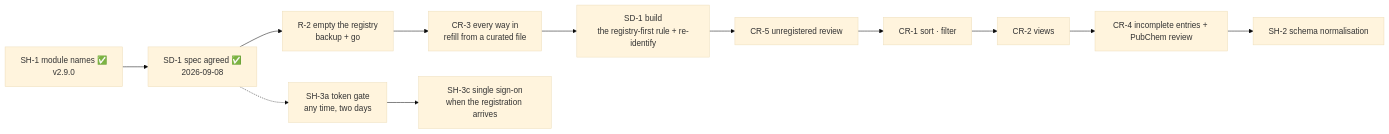
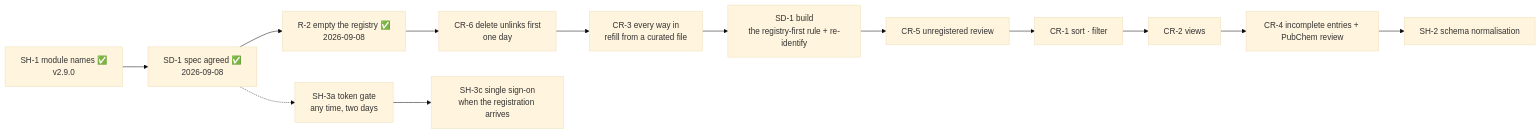
The diagram in docs/05-roadmap.md (akannan2987/nr-nips-crucible), drawn with Mermaid (base theme) before and after one commit. The commit also changed other lines of this file and 5 other files, not shown here.

````diff
--- a/docs/05-roadmap.md
+++ b/docs/05-roadmap.md
@@ -195,12 +195,12 @@
 ```mermaid
 flowchart LR
     SH1["SH-1 module names ✅<br/>v2.9.0"] --> SD1s["SD-1 spec agreed ✅<br/>2026-09-08"]
-    SD1s --> R2["R-2 empty the registry<br/>backup + go"]
-    R2 --> CR3["CR-3 every way in<br/>refill from a curated file"]
+    SD1s --> R2["R-2 empty the registry ✅<br/>2026-09-08"]
+    R2 --> CR6["CR-6 delete unlinks first<br/>one day"] --> CR3["CR-3 every way in<br/>refill from a curated file"]
     CR3 --> SD1["SD-1 build<br/>the registry-first rule + re-identify"]
     SD1 --> CR5["CR-5 unregistered review"]
     CR5 --> CR1["CR-1 sort · filter"] --> CR2["CR-2 views"]
     CR2 --> CR4["CR-4 incomplete entries + PubChem review"]
     CR4 --> SH2["SH-2 schema normalisation"]
     SD1s -.-> SH3a["SH-3a token gate<br/>any time, two days"] --> SH3c["SH-3c single sign-on<br/>when the registration arrives"]
 ```
````
